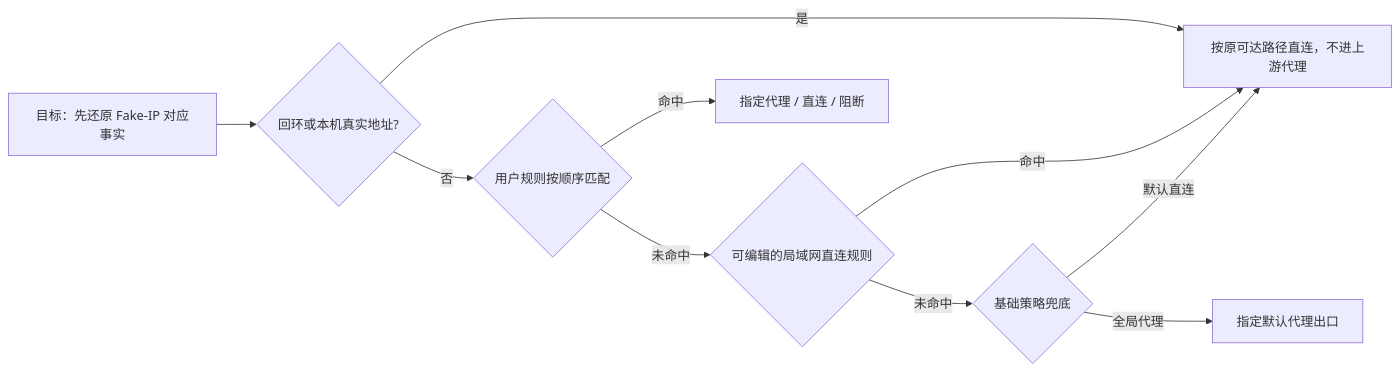
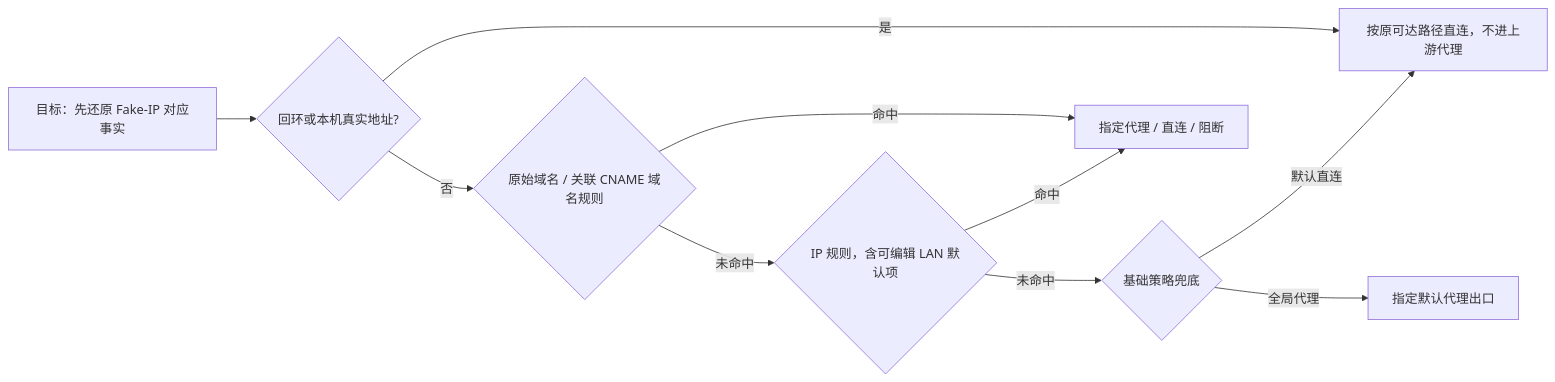
Before and after one commit to xjdrew/kone: the second of 2 diagrams in docs/requirements/prd.md, drawn with Mermaid. The commit also changed other lines of this file and 81 other files, not shown here.

````diff
--- a/docs/requirements/prd.md
+++ b/docs/requirements/prd.md
@@ -191,12 +191,12 @@
 ```mermaid
 flowchart LR
   A[目标：先还原 Fake-IP 对应事实] --> B{回环或本机真实地址?}
   B -->|是| D[按原可达路径直连，不进上游代理]
-  B -->|否| R{用户规则按顺序匹配}
+  B -->|否| R{原始域名 / 关联 CNAME 域名规则}
   R -->|命中| O[指定代理 / 直连 / 阻断]
-  R -->|未命中| L{可编辑的局域网直连规则}
-  L -->|命中| D
+  R -->|未命中| L{IP 规则，含可编辑 LAN 默认项}
+  L -->|命中| O
   L -->|未命中| F{基础策略兜底}
   F -->|默认直连| D
   F -->|全局代理| P[指定默认代理出口]
 ```
````
